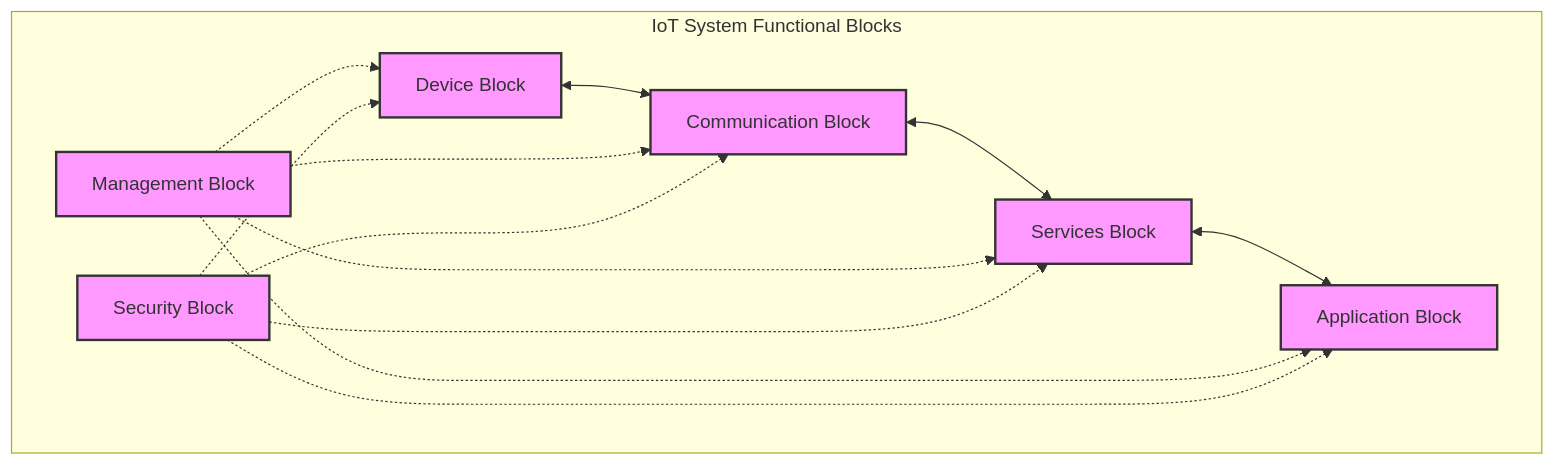
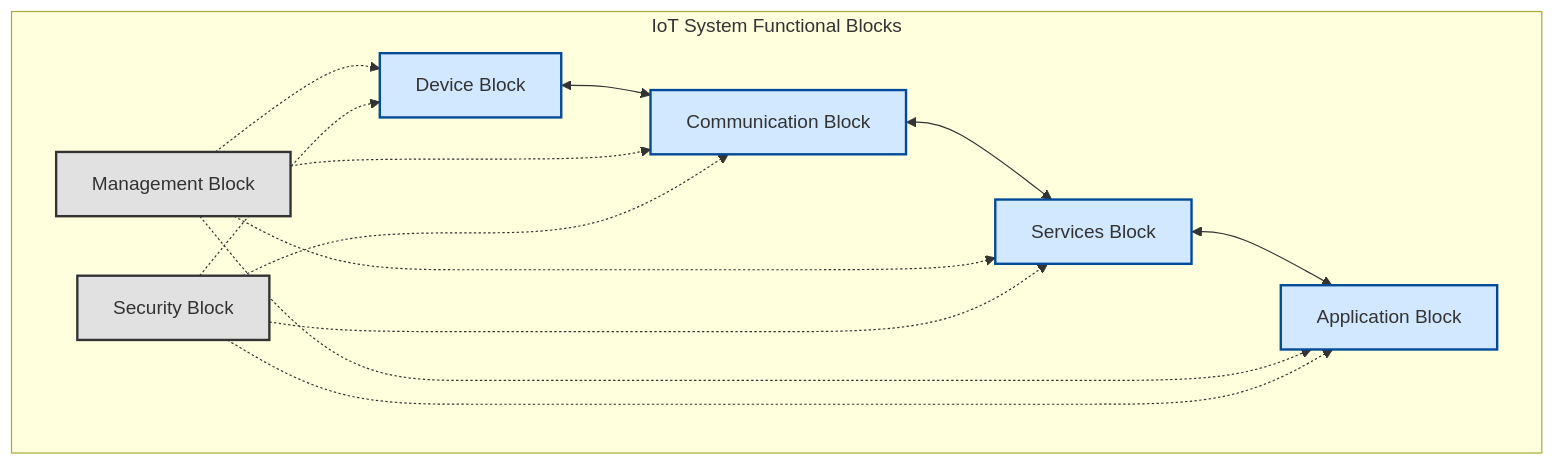
The first of 8 diagrams in IoT/figures.md (KshitizD07/14Days_Trilogy_Sprint), drawn with Mermaid before and after one commit. The commit also changed other lines of this file, not shown here.

````diff
--- a/IoT/figures.md
+++ b/IoT/figures.md
@@ -12,22 +11,32 @@
 ```mermaid
 graph TD
-    subgraph IoT System Functional Blocks
-        A[Application Block]
-        B[Management Block]
-        C[Services Block]
-        D[Communication Block]
-        E[Security Block]
-        F[Device Block]
+    subgraph IoT_System[IoT System Functional Blocks]
+        APP[Application Block]
+        MGMT[Management Block]
+        SRV[Services Block]
+        COMM[Communication Block]
+        SEC[Security Block]
+        DEV[Device Block]
     end
 
-    F <--> D
-    D <--> C
-    C <--> A
+    DEV <--> COMM
+    COMM <--> SRV
+    SRV <--> APP
     
-    %% Management and Security interact with all layers
-    B -.-> A & C & D & F
-    E -.-> A & C & D & F
+    MGMT -.-> APP
+    MGMT -.-> SRV
+    MGMT -.-> COMM
+    MGMT -.-> DEV
     
-    classDef block fill:#f9f,stroke:#333,stroke-width:2px;
-    class A,B,C,D,E,F block;
+    SEC -.-> APP
+    SEC -.-> SRV
+    SEC -.-> COMM
+    SEC -.-> DEV
+    
+    style APP fill:#d1e8ff,stroke:#004a99,stroke-width:2px
+    style SRV fill:#d1e8ff,stroke:#004a99,stroke-width:2px
+    style COMM fill:#d1e8ff,stroke:#004a99,stroke-width:2px
+    style DEV fill:#d1e8ff,stroke:#004a99,stroke-width:2px
+    style MGMT fill:#e1e1e1,stroke:#333,stroke-width:2px
+    style SEC fill:#e1e1e1,stroke:#333,stroke-width:2px
 ```
````
